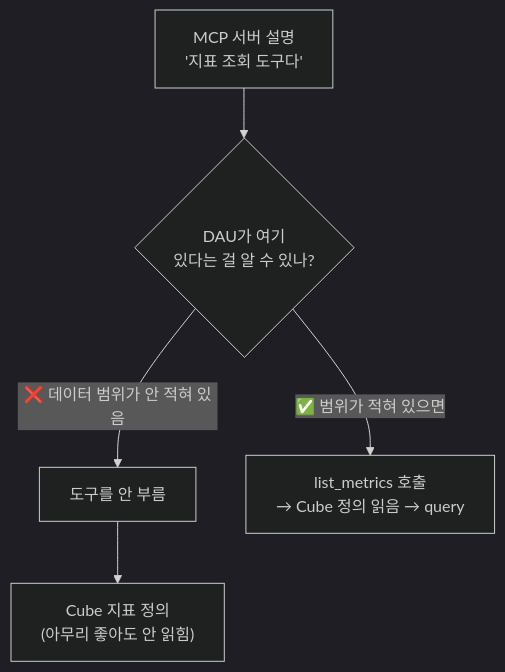
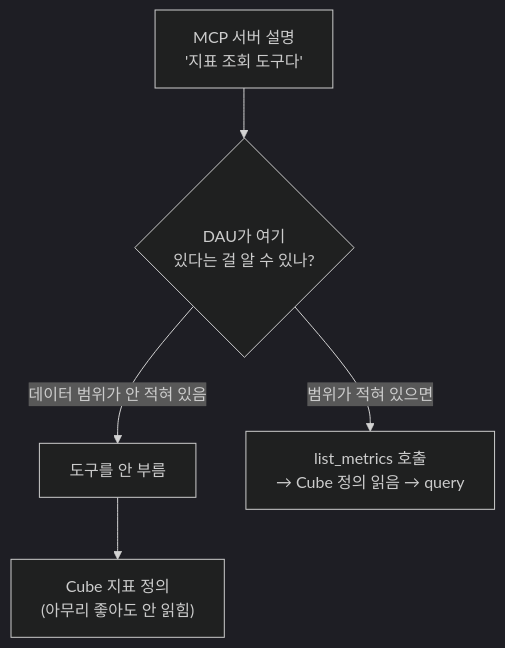
Before and after one commit to suojae/DAE_study_with_claude: the fifth of 7 diagrams in 2026/11/16-hermes-slack-bot-mcp-troubleshooting.md, drawn with Mermaid (dark theme). The commit also changed other lines of this file and 6 other files, not shown here.

````diff
--- a/2026/11/16-hermes-slack-bot-mcp-troubleshooting.md
+++ b/2026/11/16-hermes-slack-bot-mcp-troubleshooting.md
@@ -127,7 +127,7 @@
 ```mermaid
 flowchart TD
     S["MCP 서버 설명<br/>'지표 조회 도구다'"] --> X{"DAU가 여기<br/>있다는 걸 알 수 있나?"}
-    X -- "❌ 데이터 범위가 안 적혀 있음" --> N["도구를 안 부름"]
+    X -- "데이터 범위가 안 적혀 있음" --> N["도구를 안 부름"]
     N --> D["Cube 지표 정의<br/>(아무리 좋아도 안 읽힘)"]
-    X -- "✅ 범위가 적혀 있으면" --> Y["list_metrics 호출<br/>→ Cube 정의 읽음 → query"]
+    X -- "범위가 적혀 있으면" --> Y["list_metrics 호출<br/>→ Cube 정의 읽음 → query"]
 ```
````
